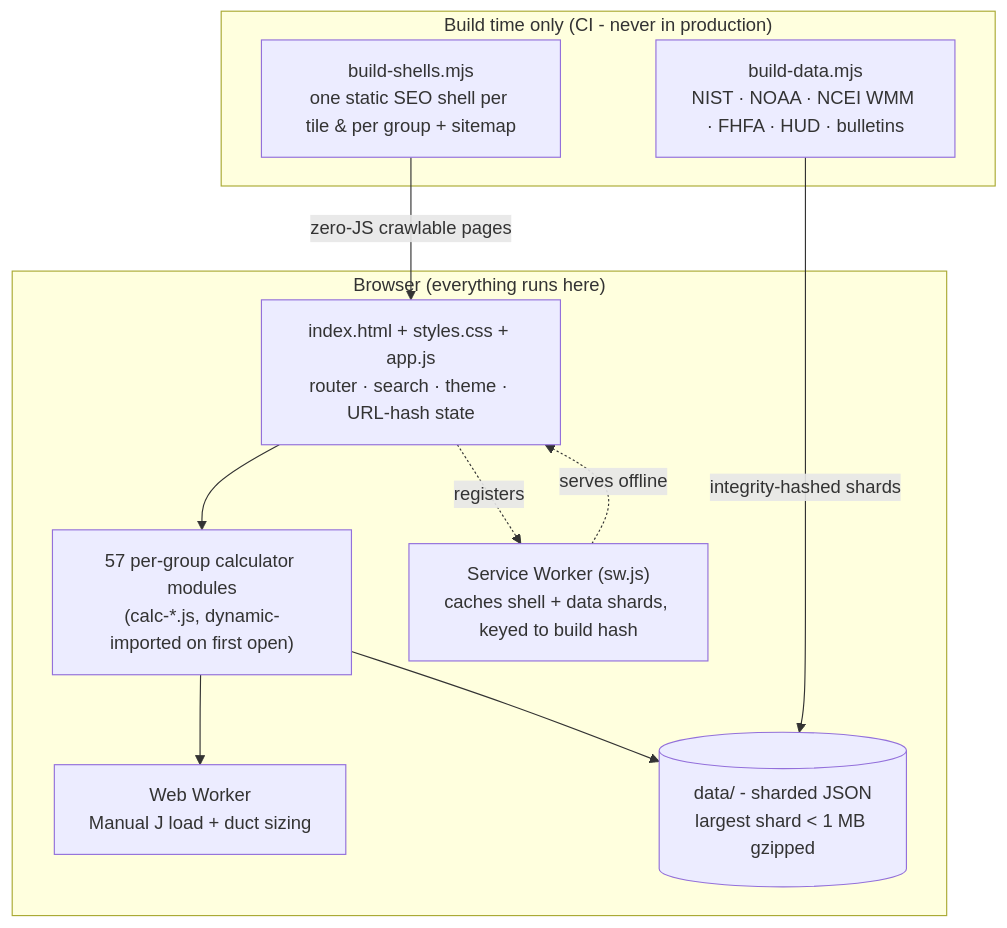
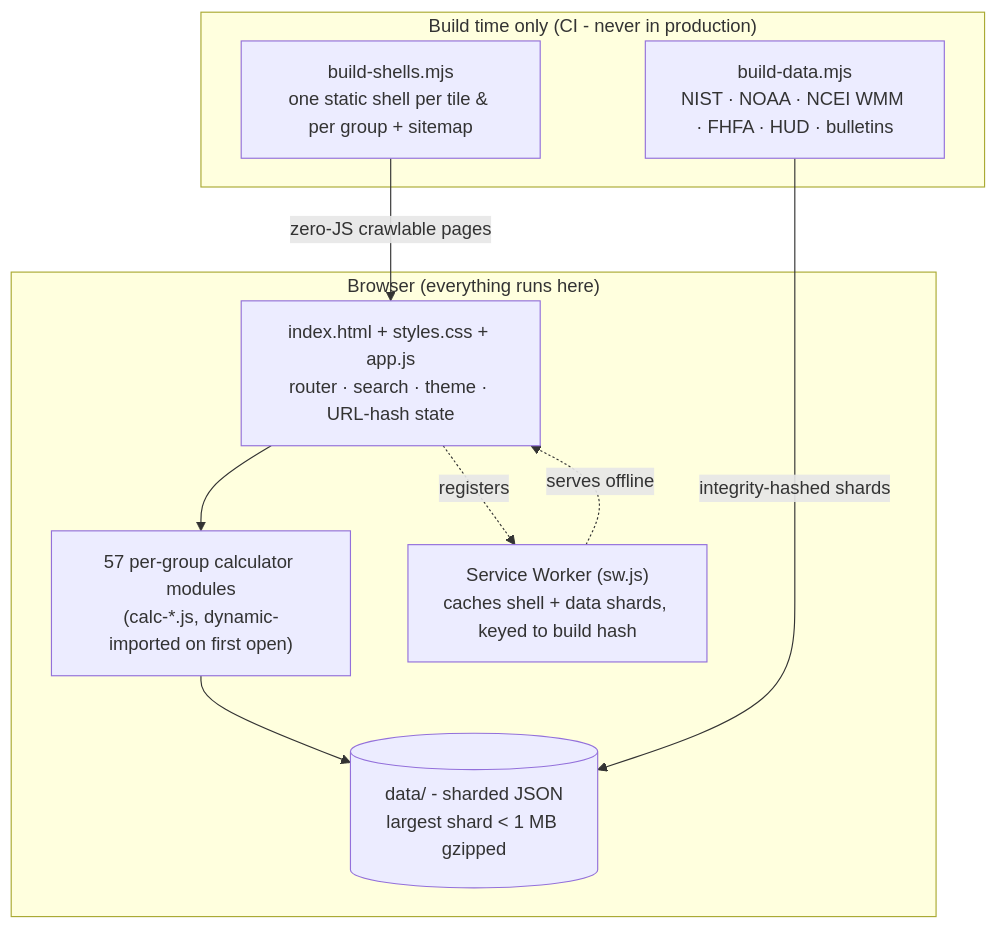
One commit to clay-good/roughlogic.com changed the diagram in README.md. Above: the diagram before and after it, drawn with Mermaid. The commit also changed other lines of this file and 8 other files, not shown here.

````diff
--- a/README.md
+++ b/README.md
@@ -65,22 +85,20 @@
 ```mermaid
 flowchart TD
     subgraph browser["Browser (everything runs here)"]
         shell["index.html + styles.css + app.js<br/>router · search · theme · URL-hash state"]
         modules["57 per-group calculator modules<br/>(calc-*.js, dynamic-imported on first open)"]
-        worker["Web Worker<br/>Manual J load + duct sizing"]
         sw["Service Worker (sw.js)<br/>caches shell + data shards, keyed to build hash"]
         data[("data/ - sharded JSON<br/>largest shard &lt; 1 MB gzipped")]
         shell --> modules --> data
-        modules --> worker
         shell -. registers .-> sw
         sw -. serves offline .-> shell
     end
 
     subgraph build["Build time only (CI - never in production)"]
         bd["build-data.mjs<br/>NIST · NOAA · NCEI WMM · FHFA · HUD · bulletins"]
-        bs["build-shells.mjs<br/>one static SEO shell per tile & per group + sitemap"]
+        bs["build-shells.mjs<br/>one static shell per tile & per group + sitemap"]
     end
 
     bd -->|"integrity-hashed shards"| data
     bs -->|"zero-JS crawlable pages"| shell
 ```
````
